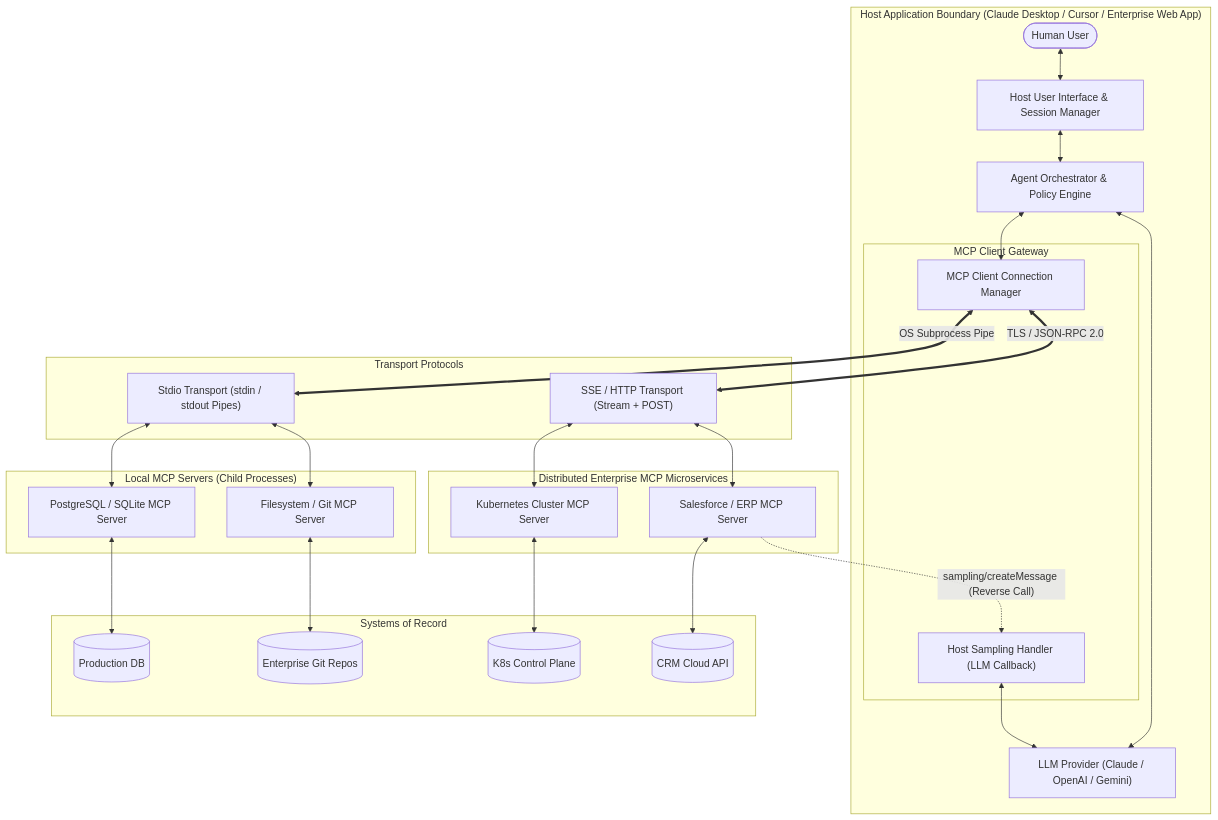
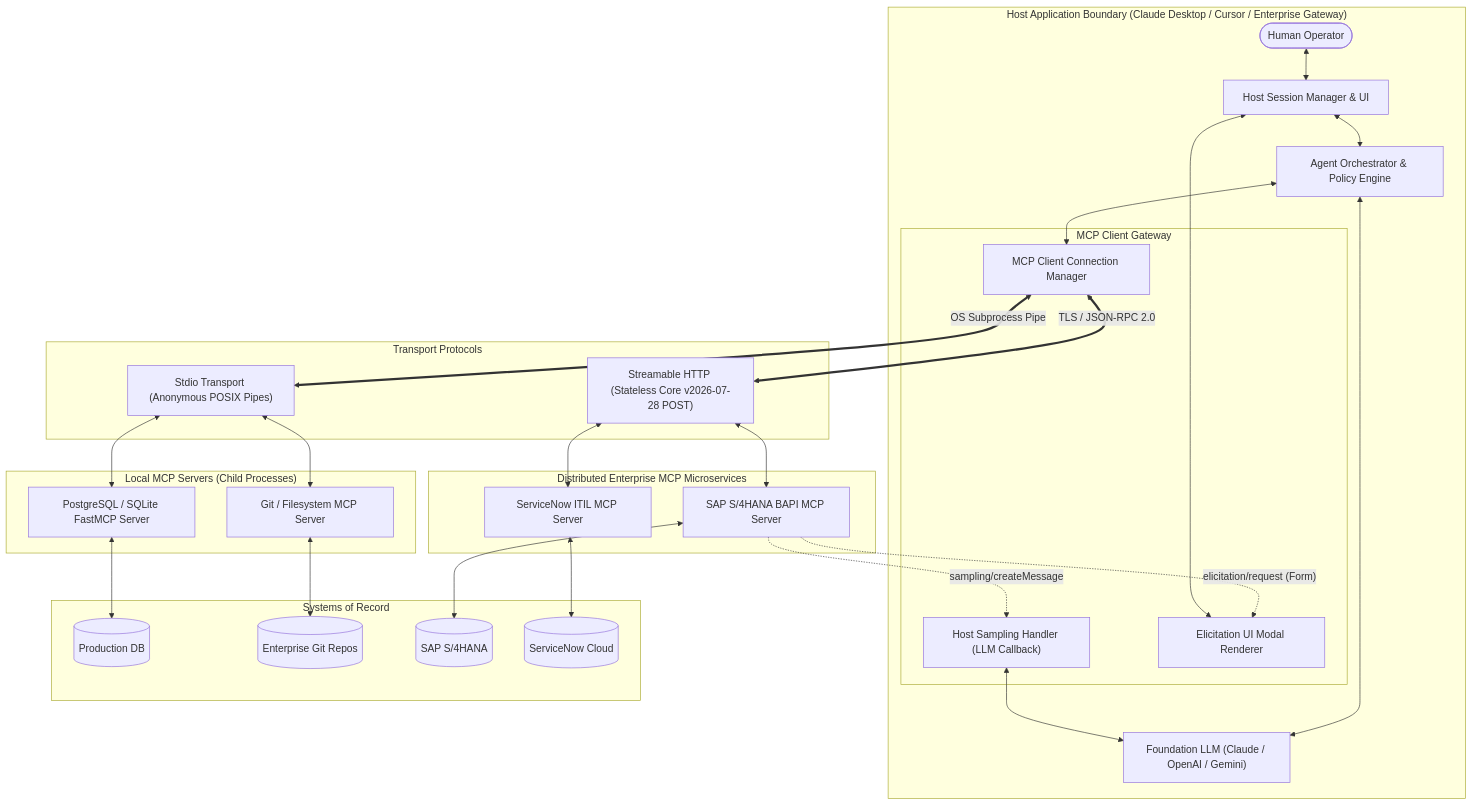
One commit to dip4k/senior-engineer-to-ai-engineer-roadmap changed the first of 2 diagrams in 03-tools-and-model-context-protocol/README.md. Above: the diagram before and after it, drawn with Mermaid. The commit also changed other lines of this file and 17 other files, not shown here.

````diff
--- a/03-tools-and-model-context-protocol/README.md
+++ b/03-tools-and-model-context-protocol/README.md
@@ -828,56 +58,58 @@
 ```mermaid
 flowchart TD
-    subgraph HostEnv["Host Application Boundary (Claude Desktop / Cursor / Enterprise Web App)"]
-        User(["Human User"]) <--> UI["Host User Interface & Session Manager"]
+    subgraph HostEnv["Host Application Boundary (Claude Desktop / Cursor / Enterprise Gateway)"]
+        User(["Human Operator"]) <--> UI["Host Session Manager & UI"]
         UI <--> Orchestrator["Agent Orchestrator & Policy Engine"]
-        Orchestrator <--> LLM["LLM Provider (Claude / OpenAI / Gemini)"]
+        Orchestrator <--> LLM["Foundation LLM (Claude / OpenAI / Gemini)"]
         
         subgraph MCPClientGateway["MCP Client Gateway"]
             ClientMgr["MCP Client Connection Manager"]
             SamplingHandler["Host Sampling Handler (LLM Callback)"]
+            ElicitHandler["Elicitation UI Modal Renderer"]
         end
         
         Orchestrator <--> ClientMgr
         SamplingHandler <--> LLM
+        ElicitHandler <--> UI
     end
 
     subgraph TransportLayer["Transport Protocols"]
-        StdioPipe["Stdio Transport (stdin / stdout Pipes)"]
-        SSEHttp["SSE / HTTP Transport (Stream + POST)"]
+        StdioPipe["Stdio Transport (Anonymous POSIX Pipes)"]
+        StreamHTTP["Streamable HTTP (Stateless Core v2026-07-28 POST)"]
     end
 
     subgraph LocalServers["Local MCP Servers (Child Processes)"]
-        LocalDB["PostgreSQL / SQLite MCP Server"]
-        LocalFS["Filesystem / Git MCP Server"]
+        LocalDB["PostgreSQL / SQLite FastMCP Server"]
+        LocalFS["Git / Filesystem MCP Server"]
     end
 
     subgraph RemoteServers["Distributed Enterprise MCP Microservices"]
-        RemoteK8s["Kubernetes Cluster MCP Server"]
-        RemoteCRM["Salesforce / ERP MCP Server"]
+        RemoteERP["SAP S/4HANA BAPI MCP Server"]
+        RemoteITIL["ServiceNow ITIL MCP Server"]
     end
 
     subgraph EnterpriseBackends["Systems of Record"]
         Postgres[("Production DB")]
         GitRepo[("Enterprise Git Repos")]
-        K8sAPI[("K8s Control Plane")]
-        CRMCloud[("CRM Cloud API")]
+        SAP[("SAP S/4HANA")]
+        ServiceNow[("ServiceNow Cloud")]
     end
 
     ClientMgr <==>|OS Subprocess Pipe| StdioPipe
-    ClientMgr <==>|TLS / JSON-RPC 2.0| SSEHttp
+    ClientMgr <==>|TLS / JSON-RPC 2.0| StreamHTTP
 
     StdioPipe <--> LocalDB
     StdioPipe <--> LocalFS
 
-    SSEHttp <--> RemoteK8s
-    SSEHttp <--> RemoteCRM
+    StreamHTTP <--> RemoteERP
+    StreamHTTP <--> RemoteITIL
 
     LocalDB <--> Postgres
     LocalFS <--> GitRepo
-    RemoteK8s <--> K8sAPI
-    RemoteCRM <--> CRMCloud
+    RemoteERP <--> SAP
+    RemoteITIL <--> ServiceNow
 
-    %% Reverse Sampling
-    RemoteCRM -.->|"sampling/createMessage (Reverse Call)"| SamplingHandler
-
+    %% Reverse Sampling & Elicitation
+    RemoteERP -.->|"sampling/createMessage"| SamplingHandler
+    RemoteERP -.->|"elicitation/request (Form)"| ElicitHandler
 ```
````
